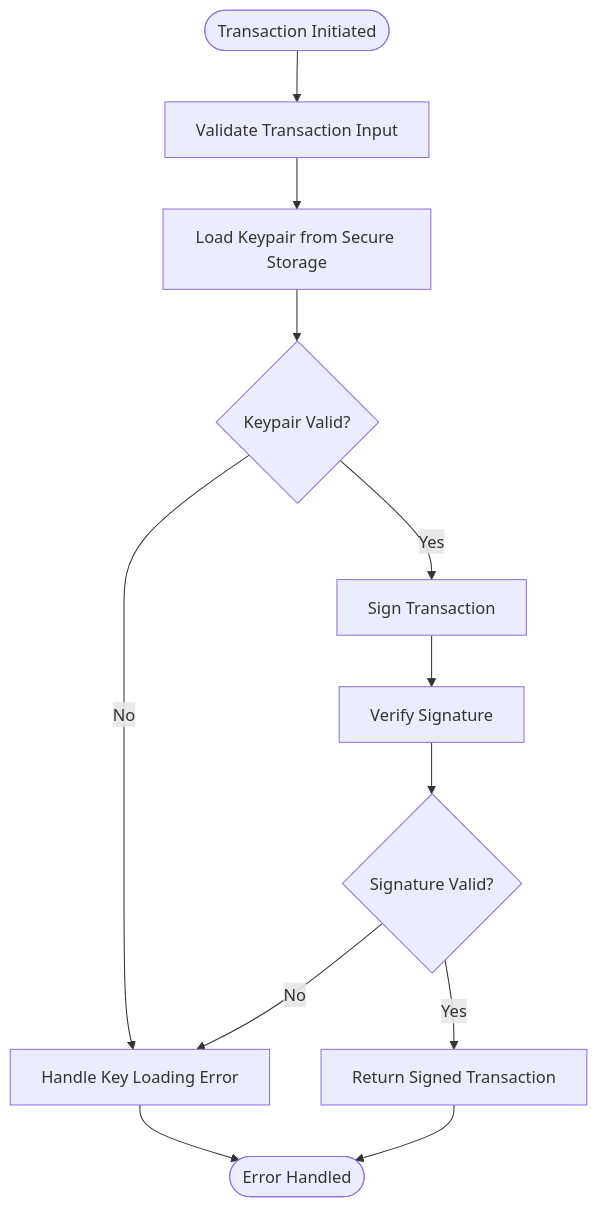
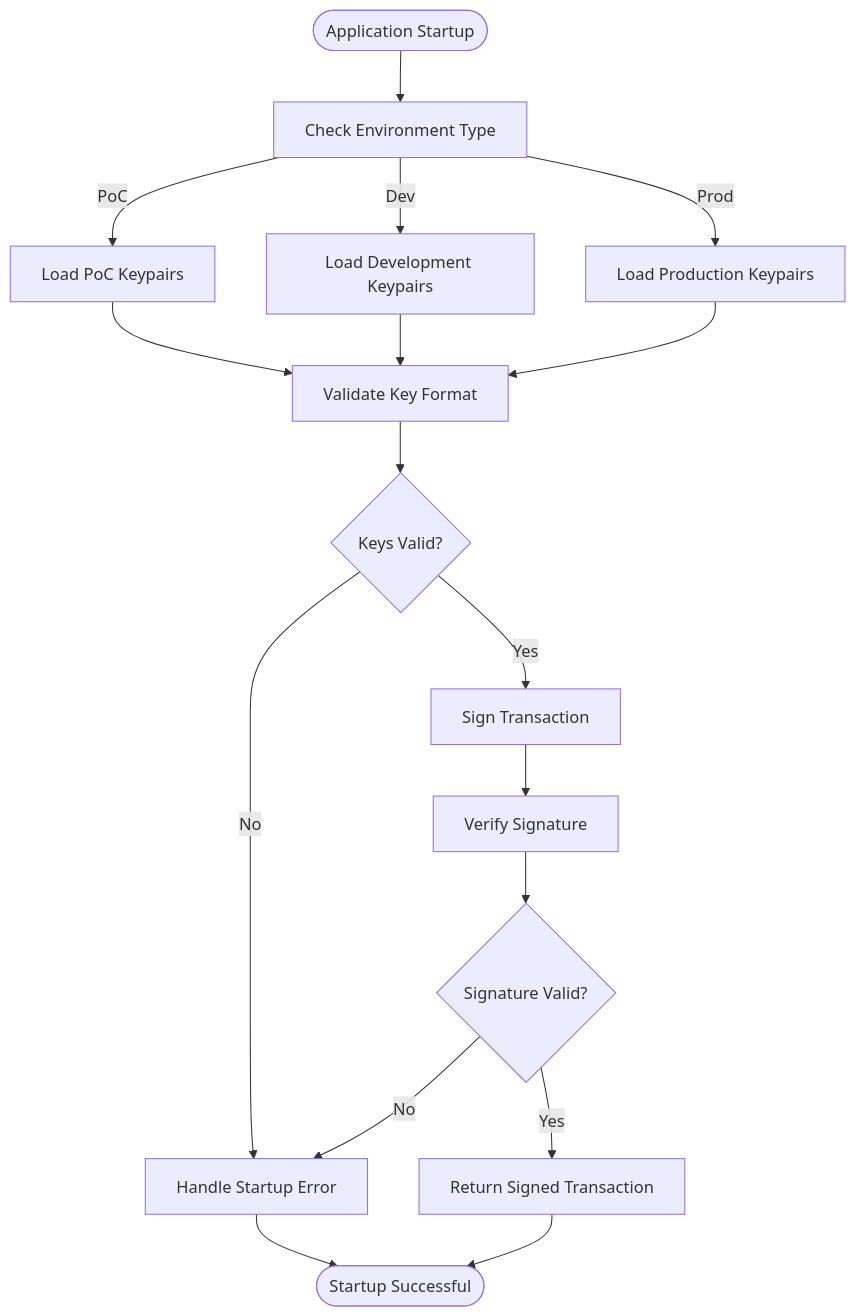
One commit to hieudepoet/Insurix changed the fourth of 5 diagrams in .qoder/repowiki/en/content/Backend Services/Configuration Management.md. Above: the diagram before and after it, drawn with Mermaid. The commit also changed other lines of this file and 73 other files, not shown here.

````diff
--- a/.qoder/repowiki/en/content/Backend Services/Configuration Management.md
+++ b/.qoder/repowiki/en/content/Backend Services/Configuration Management.md
@@ -173,14 +187,19 @@
 ```mermaid
 flowchart TD
-Start([Transaction Initiated]) --> ValidateInput["Validate Transaction Input"]
-ValidateInput --> LoadKeypair["Load Keypair from Secure Storage"]
-LoadKeypair --> CheckValid{"Keypair Valid?"}
-CheckValid --> |No| HandleError["Handle Key Loading Error"]
-CheckValid --> |Yes| SignTransaction["Sign Transaction"]
+Start([Application Startup]) --> CheckEnv["Check Environment Type"]
+CheckEnv --> |PoC| LoadPocKeys["Load PoC Keypairs"]
+CheckEnv --> |Dev| LoadDevKeys["Load Development Keypairs"]
+CheckEnv --> |Prod| LoadProdKeys["Load Production Keypairs"]
+LoadPocKeys --> ValidateKeys["Validate Key Format"]
+LoadDevKeys --> ValidateKeys
+LoadProdKeys --> ValidateKeys
+ValidateKeys --> KeyValid{"Keys Valid?"}
+KeyValid --> |No| HandleError["Handle Startup Error"]
+KeyValid --> |Yes| SignTransaction["Sign Transaction"]
 SignTransaction --> VerifySig["Verify Signature"]
 VerifySig --> SigValid{"Signature Valid?"}
 SigValid --> |No| HandleError
 SigValid --> |Yes| ReturnSig["Return Signed Transaction"]
-HandleError --> End([Error Handled])
-ReturnSig --> End
+HandleError --> End([Startup Failed])
+ReturnSig --> End([Startup Successful])
 ```
````
